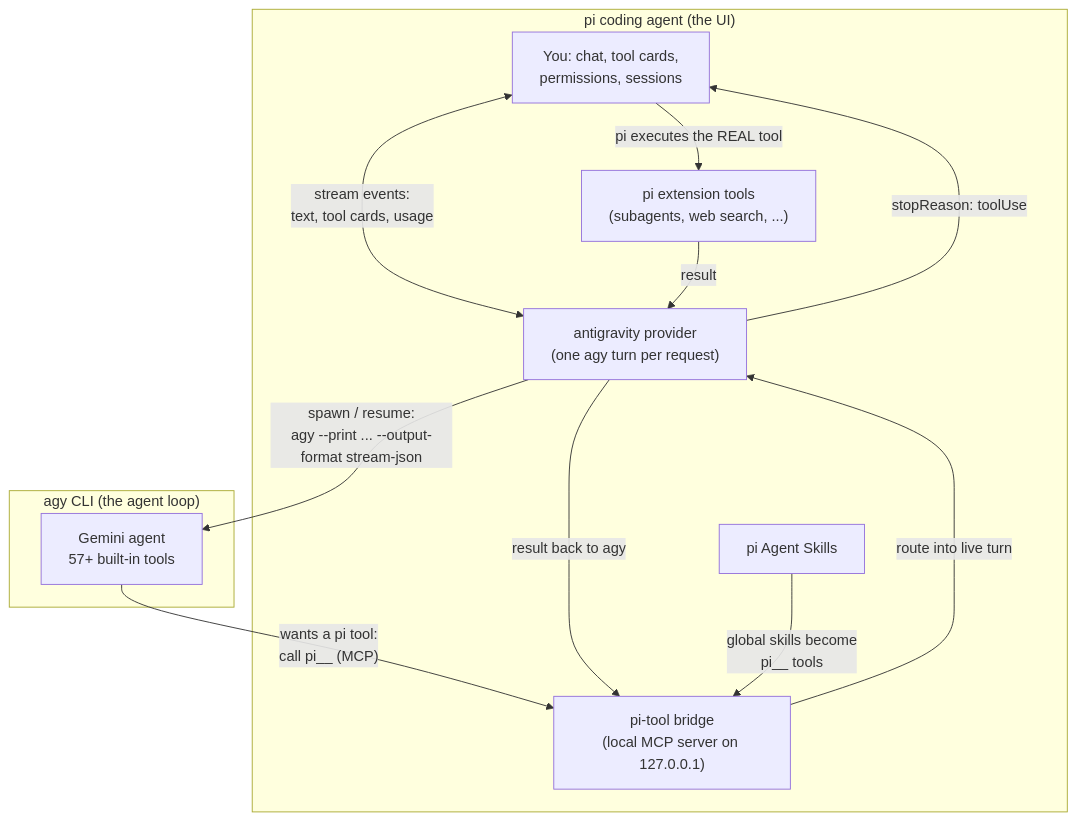
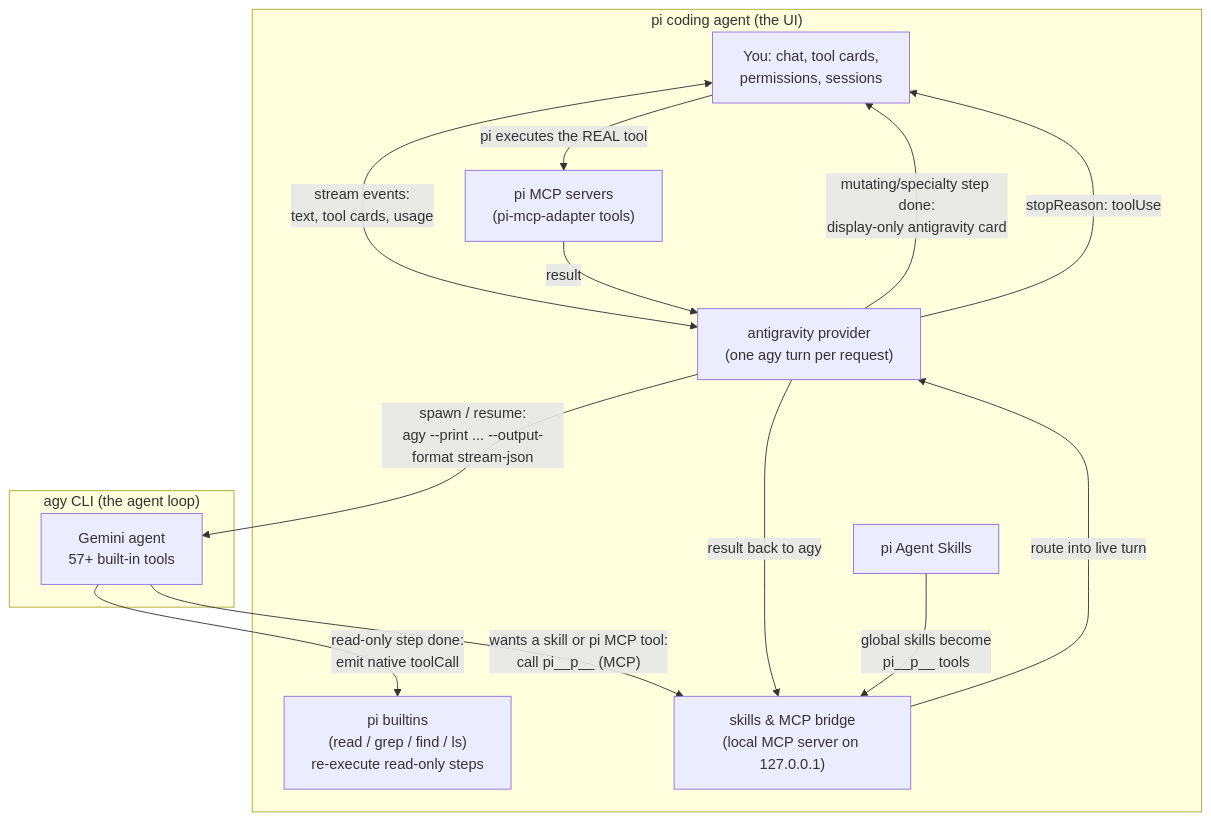
One commit to TianZuo555/pi-extensions changed the diagram in packages/pi-antigravity/README.md. Above: the diagram before and after it, drawn with Mermaid. The commit also changed other lines of this file and 16 other files, not shown here.

First line of the commit message:
feat(pi-antigravity): improve tool bridging and native rendering

````diff
--- a/packages/pi-antigravity/README.md
+++ b/packages/pi-antigravity/README.md
@@ -16,24 +15,27 @@
 ```mermaid
 flowchart TB
     subgraph pi["pi coding agent (the UI)"]
         UI["You: chat, tool cards,\npermissions, sessions"]
         Prov["antigravity provider\n(one agy turn per request)"]
-        Bridge["pi-tool bridge\n(local MCP server on 127.0.0.1)"]
+        Native["pi builtins\n(read / grep / find / ls)\nre-execute read-only steps"]
+        Bridge["skills & MCP bridge\n(local MCP server on 127.0.0.1)"]
         Skills["pi Agent Skills"]
-        Tools["pi extension tools\n(subagents, web search, ...)"]
+        Mcp["pi MCP servers\n(pi-mcp-adapter tools)"]
     end
 
     subgraph agy["agy CLI (the agent loop)"]
         Agent["Gemini agent\n57+ built-in tools"]
     end
 
     UI <-- "stream events:\ntext, tool cards, usage" --> Prov
     Prov -- "spawn / resume:\nagy --print ... --output-format stream-json" --> Agent
-    Agent -- "wants a pi tool:\ncall pi__<name> (MCP)" --> Bridge
+    Agent -- "read-only step done:\nemit native toolCall" --> Native
+    Prov -- "mutating/specialty step done:\ndisplay-only antigravity card" --> UI
+    Agent -- "wants a skill or pi MCP tool:\ncall pi__p<pid>__<name> (MCP)" --> Bridge
     Bridge -- "route into live turn" --> Prov
     Prov -- "stopReason: toolUse" --> UI
-    UI -- "pi executes the REAL tool" --> Tools
-    Tools -- "result" --> Prov
+    UI -- "pi executes the REAL tool" --> Mcp
+    Mcp -- "result" --> Prov
     Prov -- "result back to agy" --> Bridge
-    Skills -- "global skills become\npi__<skill_name> tools" --> Bridge
+    Skills -- "global skills become\npi__p<pid>__<skill_name> tools" --> Bridge
 ```
````
